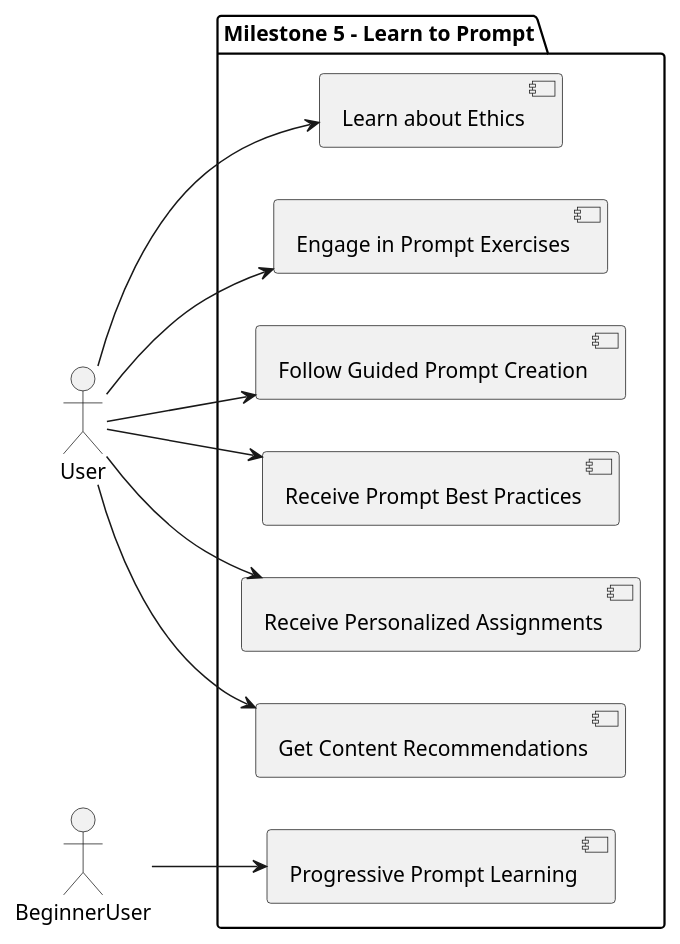
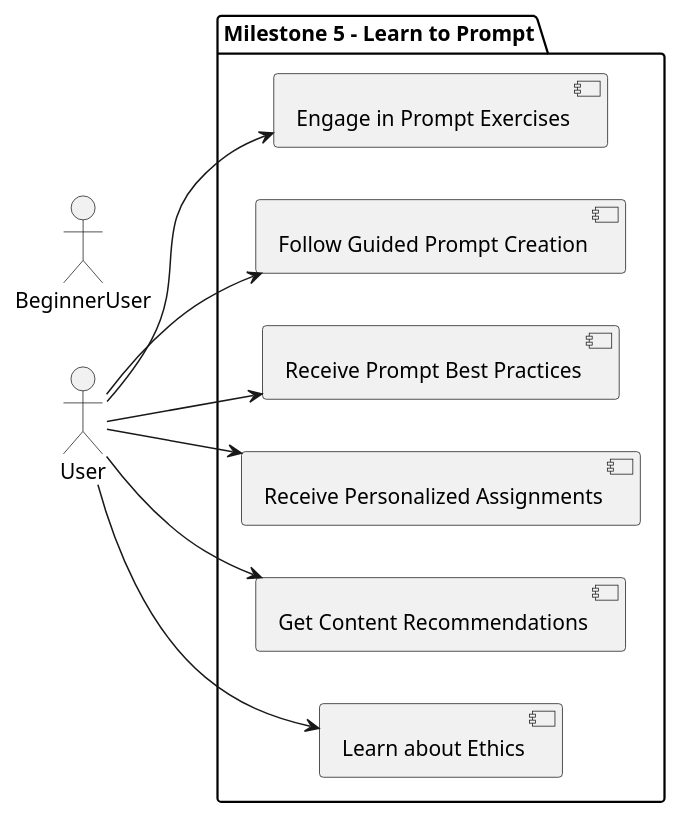
One commit to Windesheim-AI/UML-diagrams changed the diagram in fdd/use-case-diagram/milestone_5.puml. Above: the diagram before and after it, drawn with PlantUML. The commit also changed 1 other file, not shown here.

```diff
--- a/fdd/use-case-diagram/milestone_5.puml
+++ b/fdd/use-case-diagram/milestone_5.puml
@@ -1,25 +1,23 @@
 @startuml
 left to right direction
 
 actor User as User
 actor BeginnerUser as Beginner
 
 package "Milestone 5 - Learn to Prompt" {
     [Engage in Prompt Exercises] as UC5_1
     [Follow Guided Prompt Creation] as UC5_2
     [Receive Prompt Best Practices] as UC5_3
-    [Progressive Prompt Learning] as UC5_4
     [Receive Personalized Assignments] as UC5_5
     [Get Content Recommendations] as UC5_6
     [Learn about Ethics] as UC5_7
 }
 
 User --> UC5_1
 User --> UC5_2
 User --> UC5_3
 User --> UC5_5
 User --> UC5_6
 User --> UC5_7
-Beginner --> UC5_4
 
 @enduml
```
